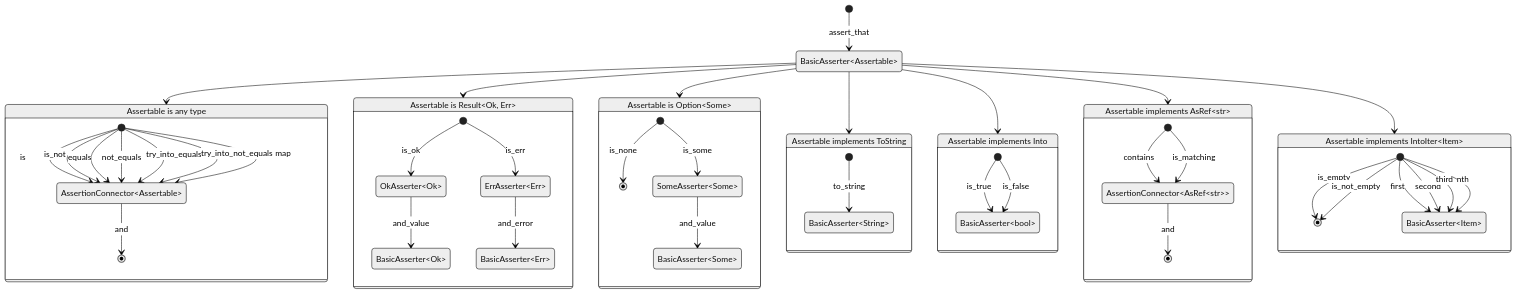
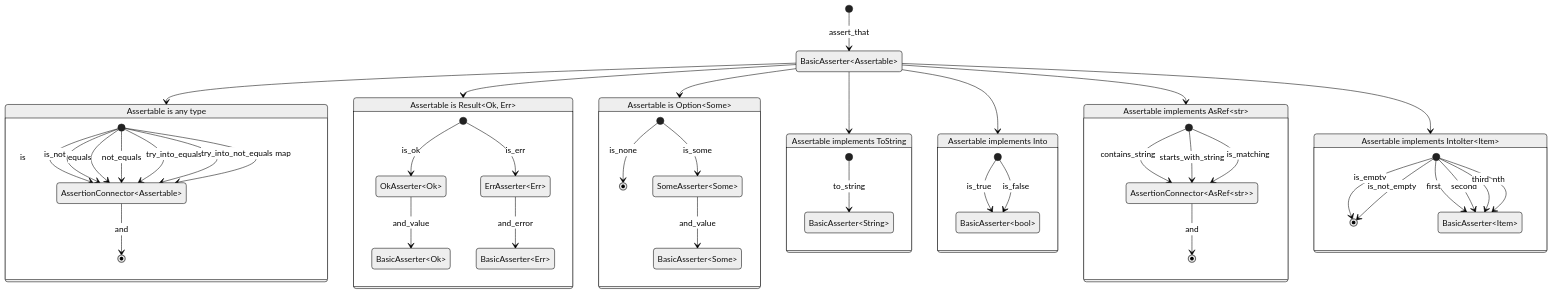
Before and after one commit to open-schnick/Smoothy: the diagram in README.md, drawn with Mermaid (neutral theme). The commit also changed 4 other files, not shown here.

````diff
--- a/README.md
+++ b/README.md
@@ -118,52 +118,53 @@
 ```mermaid
 stateDiagram-v2
     [*] --> BasicAsserter&ltAssertable&gt : assert_that
     BasicAsserter&ltAssertable&gt --> Anything
     state "Assertable is any type" as Anything {
         [*] --> AssertionConnector&ltAssertable&gt : is
         [*] --> AssertionConnector&ltAssertable&gt : is_not
         [*] --> AssertionConnector&ltAssertable&gt : equals
         [*] --> AssertionConnector&ltAssertable&gt : not_equals
         [*] --> AssertionConnector&ltAssertable&gt : try_into_equals
         [*] --> AssertionConnector&ltAssertable&gt : try_into_not_equals
         [*] --> AssertionConnector&ltAssertable&gt : map
         AssertionConnector&ltAssertable&gt --> [*] : and
     }
     BasicAsserter&ltAssertable&gt --> Result
     state "Assertable is Result&ltOk, Err&gt" as Result {
         [*] --> OkAsserter&ltOk&gt : is_ok
         OkAsserter&ltOk&gt --> BasicAsserter&ltOk&gt : and_value
         [*] --> ErrAsserter&ltErr&gt : is_err
         ErrAsserter&ltErr&gt --> BasicAsserter&ltErr&gt : and_error
     }
     BasicAsserter&ltAssertable&gt --> Option
     state "Assertable is Option&ltSome&gt" as Option {
         [*] --> [*] : is_none
         [*] --> SomeAsserter&ltSome&gt : is_some
         SomeAsserter&ltSome&gt --> BasicAsserter&ltSome&gt : and_value
     }
     BasicAsserter&ltAssertable&gt --> ImplString
     state "Assertable implements ToString" as ImplString {
         [*] --> BasicAsserter&ltString&gt : to_string
     }
     BasicAsserter&ltAssertable&gt --> ImplToBool
     state "Assertable implements Into<bool>" as ImplToBool {
         [*] --> BasicAsserter&ltbool&gt : is_true
         [*] --> BasicAsserter&ltbool&gt : is_false
     }
     BasicAsserter&ltAssertable&gt --> ImplAsRefStr
     state "Assertable implements AsRef&ltstr&gt" as ImplAsRefStr {
-        [*] --> AssertionConnector&ltAsRef&ltstr&gt&gt : contains
+        [*] --> AssertionConnector&ltAsRef&ltstr&gt&gt : contains_string
+        [*] --> AssertionConnector&ltAsRef&ltstr&gt&gt : starts_with_string
         [*] --> AssertionConnector&ltAsRef&ltstr&gt&gt : is_matching
         AssertionConnector&ltAsRef&ltstr&gt&gt --> [*] : and
     }
     BasicAsserter&ltAssertable&gt --> ImplIntoIter
     state "Assertable implements IntoIter&ltItem&gt" as ImplIntoIter {
         [*] --> [*] : is_empty
         [*] --> [*] : is_not_empty
         [*] --> BasicAsserter&ltItem&gt: first
         [*] --> BasicAsserter&ltItem&gt: second
         [*] --> BasicAsserter&ltItem&gt: third
         [*] --> BasicAsserter&ltItem&gt: nth
     }
 ```
````
